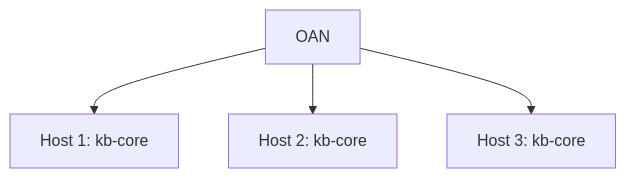
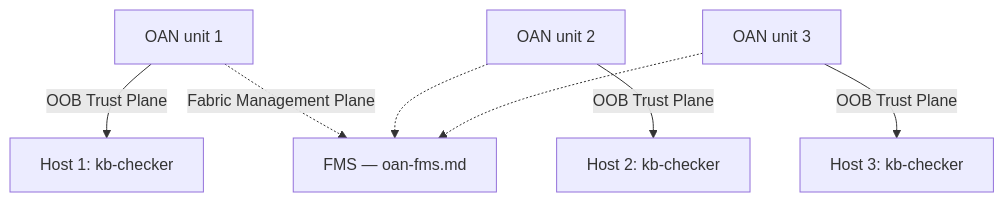
Before and after one commit to pardhuvarmax/kernel-borderlands: the sixth of 8 diagrams in docs/features/oan-hardware-appliance.md, drawn with Mermaid. The commit also changed other lines of this file and 1 other file, not shown here.

First line of the commit message:
docs: flesh out OAN Model A/B deployment costs and STM32 rationale

````diff
--- a/docs/features/oan-hardware-appliance.md
+++ b/docs/features/oan-hardware-appliance.md
@@ -288,6 +308,9 @@
 ```mermaid
 graph TD
-    OAN["OAN"] --> H1["Host 1: kb-core"]
-    OAN --> H2["Host 2: kb-core"]
-    OAN --> H3["Host 3: kb-core"]
+    OAN1["OAN unit 1"] -->|"OOB Trust Plane"| H1["Host 1: kb-checker"]
+    OAN2["OAN unit 2"] -->|"OOB Trust Plane"| H2["Host 2: kb-checker"]
+    OAN3["OAN unit 3"] -->|"OOB Trust Plane"| H3["Host 3: kb-checker"]
+    OAN1 -.->|"Fabric Management Plane"| FMS["FMS — oan-fms.md"]
+    OAN2 -.-> FMS
+    OAN3 -.-> FMS
 ```
````
